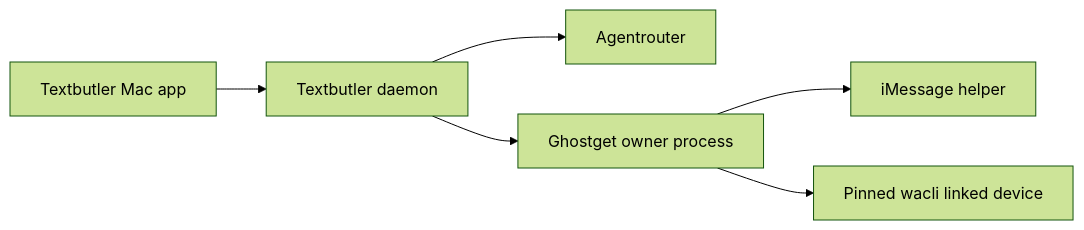
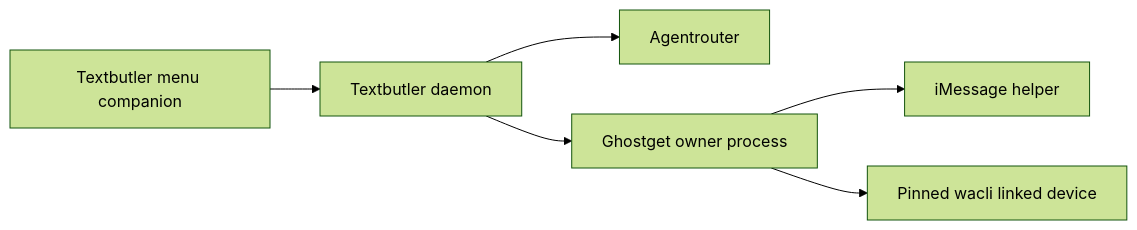
Before and after one commit to hraness/message-like-me: the diagram in docs/textbutler/whatsapp.md, drawn with Mermaid (forest theme). The commit also changed other lines of this file and 121 other files, not shown here.

First line of the commit message:
Make Textbutler a CLI with a robust native menu companion (#103)

````diff
--- a/docs/textbutler/whatsapp.md
+++ b/docs/textbutler/whatsapp.md
@@ -8,8 +8,8 @@
 ```mermaid
 flowchart LR
-  App[Textbutler Mac app] --> Butler[Textbutler daemon]
+  App[Textbutler menu companion] --> Butler[Textbutler daemon]
   Butler --> Agents[Agentrouter]
   Butler --> Ghostget[Ghostget owner process]
   Ghostget --> Messages[iMessage helper]
   Ghostget --> WhatsApp[Pinned wacli linked device]
 ```
````
